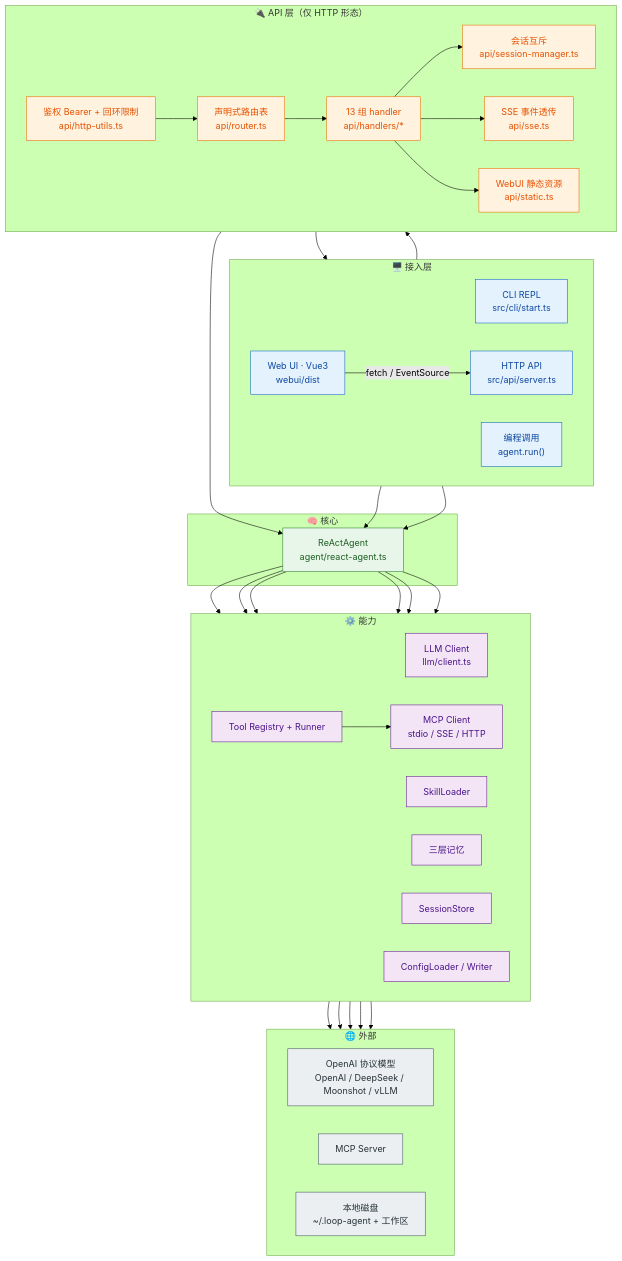
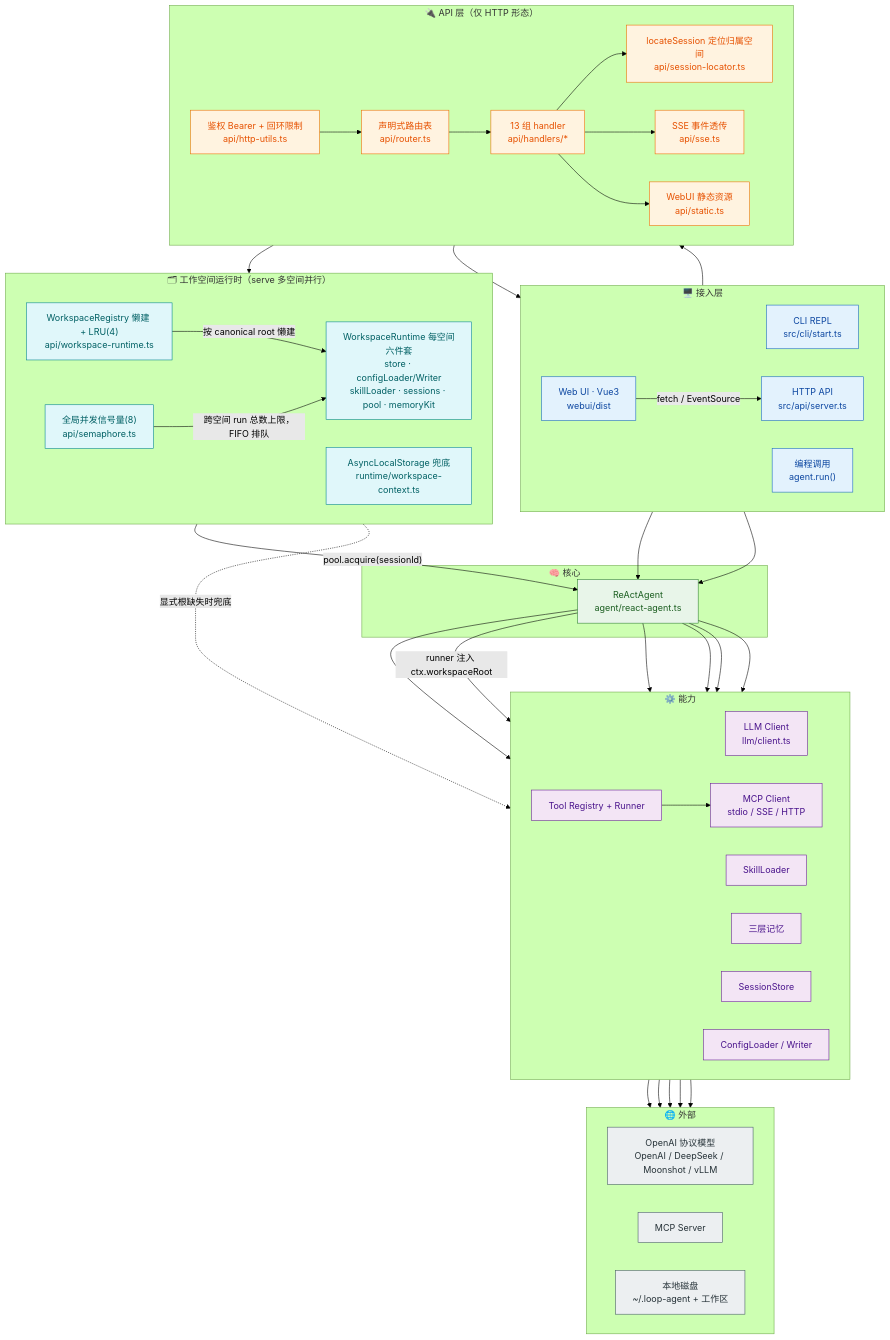
Before and after one commit to mutongliwansui/loop-agent-harness: the first of 7 diagrams in docs/mermaid-architecture.md, drawn with Mermaid (forest theme). The commit also changed other lines of this file and 151 other files, not shown here.

````diff
--- a/docs/mermaid-architecture.md
+++ b/docs/mermaid-architecture.md
@@ -42,9 +42,17 @@
         AUTH["鉴权 Bearer + 回环限制<br/>api/http-utils.ts"]
         ROUTER["声明式路由表<br/>api/router.ts"]
         H["13 组 handler<br/>api/handlers/*"]
-        SM["会话互斥<br/>api/session-manager.ts"]
+        LOCATE["locateSession 定位归属空间<br/>api/session-locator.ts"]
         SSE["SSE 事件透传<br/>api/sse.ts"]
         STATIC["WebUI 静态资源<br/>api/static.ts"]
+    end
+
+    subgraph WSR["🗂 工作空间运行时（serve 多空间并行）"]
+        direction LR
+        REG["WorkspaceRegistry 懒建 + LRU(4)<br/>api/workspace-runtime.ts"]
+        RT["WorkspaceRuntime 每空间六件套<br/>store · configLoader/Writer<br/>skillLoader · sessions · pool · memoryKit"]
+        SEM["全局并发信号量(8)<br/>api/semaphore.ts"]
+        ALSW["AsyncLocalStorage 兜底<br/>runtime/workspace-context.ts"]
     end
 
     subgraph Core["🧠 核心"]
@@ -71,13 +79,17 @@
 
     CLI --> AGENT
     LIB --> AGENT
-    HTTP --> AUTH --> ROUTER --> H --> SM --> AGENT
+    HTTP --> AUTH --> ROUTER --> H --> LOCATE --> RT
+    REG -->|"按 canonical root 懒建"| RT
+    RT -->|"pool.acquire(sessionId)"| AGENT
+    SEM -->|"跨空间 run 总数上限，FIFO 排队"| RT
     H --> SSE
     H --> STATIC --> WEB
     WEB -->|"fetch / EventSource"| HTTP
 
     AGENT --> LLM
-    AGENT --> TOOLS
+    AGENT -->|"runner 注入 ctx.workspaceRoot"| TOOLS
+    ALSW -.->|"显式根缺失时兜底"| TOOLS
     AGENT --> SKILL
     AGENT --> MEM
     AGENT --> SESS
@@ -94,9 +106,11 @@
     classDef core fill:#e8f5e9,stroke:#2e7d32,color:#1b5e20
     classDef cap fill:#f3e5f5,stroke:#6a1b9a,color:#4a148c
     classDef out fill:#eceff1,stroke:#455a64,color:#263238
+    classDef ws fill:#e0f7fa,stroke:#00838f,color:#006064
     class CLI,LIB,HTTP,WEB entry
-    class AUTH,ROUTER,H,SM,SSE,STATIC api
+    class AUTH,ROUTER,H,LOCATE,SSE,STATIC api
     class AGENT core
     class LLM,TOOLS,MCPC,SKILL,MEM,SESS,CFG cap
     class LLMAPI,MCPAPI,DISK out
+    class REG,RT,SEM,ALSW ws
 ```
````
